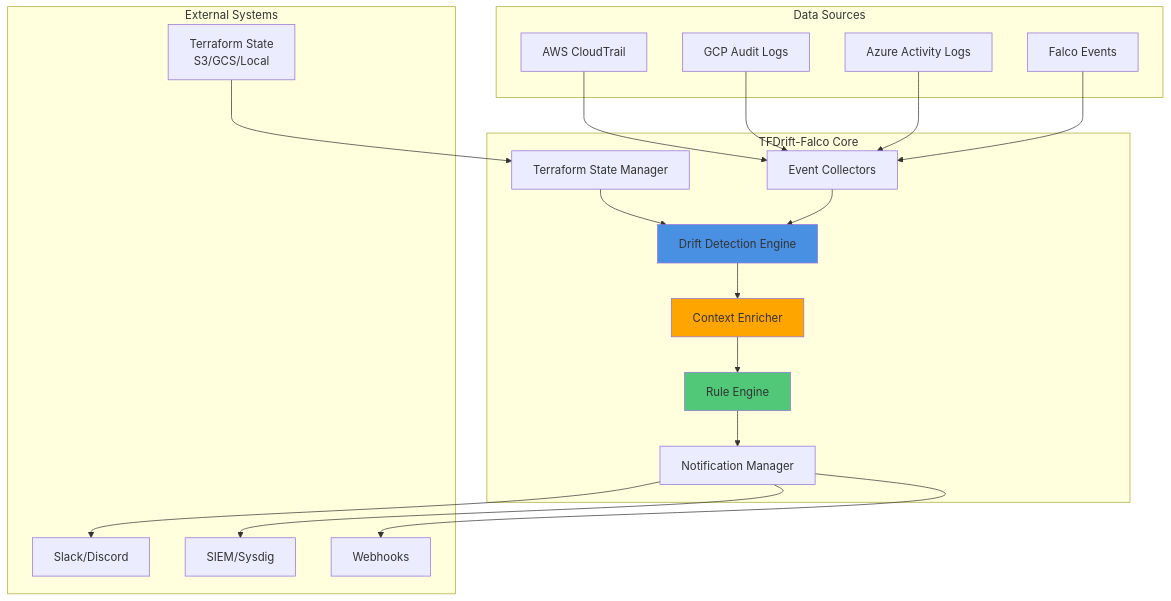
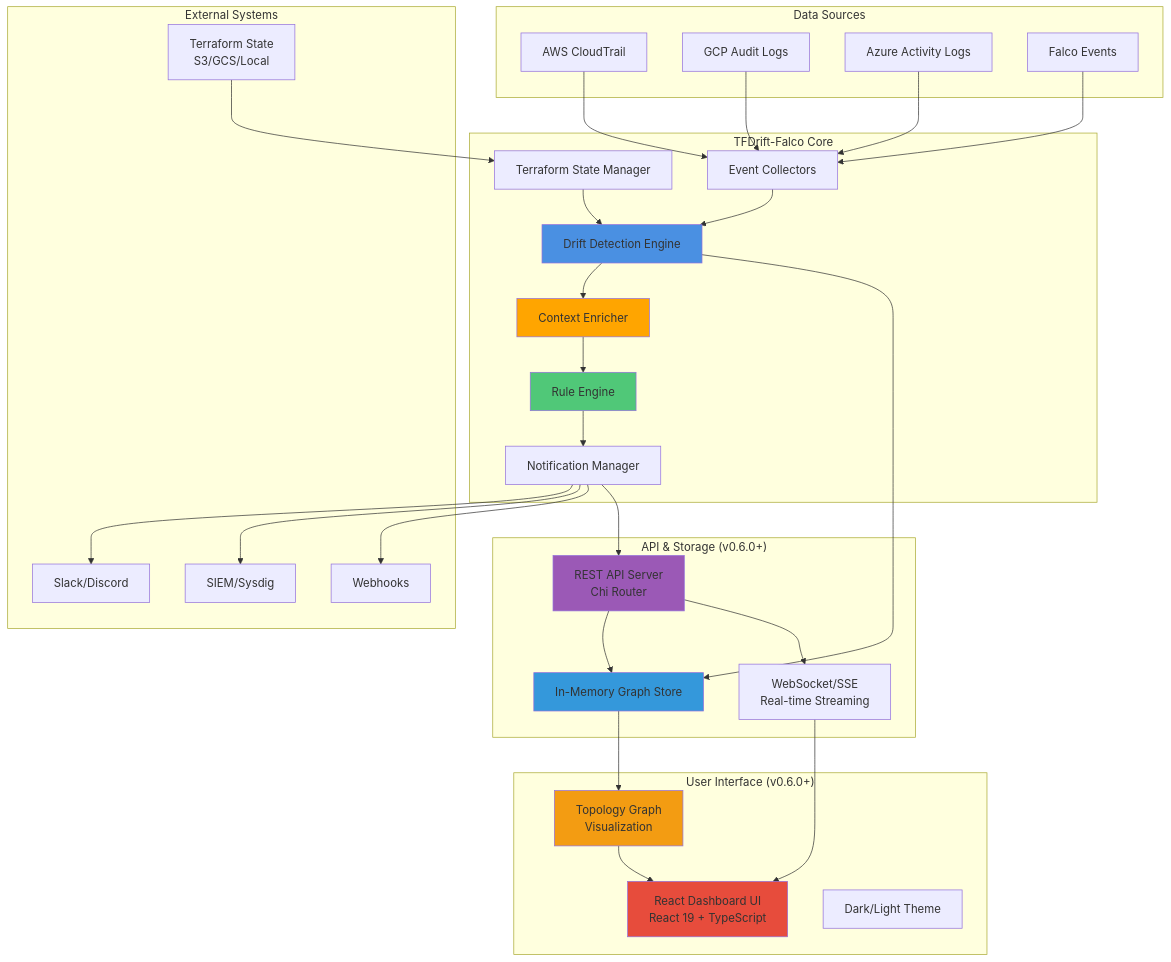
One commit to higakikeita/tfdrift-falco changed the first of 15 diagrams in docs/architecture.md. Above: the diagram before and after it, drawn with Mermaid. The commit also changed other lines of this file and 5 other files, not shown here.

````diff
--- a/docs/architecture.md
+++ b/docs/architecture.md
@@ -38,46 +38,70 @@
 ```mermaid
 graph TB
     subgraph "Data Sources"
         A1[AWS CloudTrail]
         A2[GCP Audit Logs]
         A3[Azure Activity Logs]
         A4[Falco Events]
     end
 
     subgraph "TFDrift-Falco Core"
         B1[Event Collectors]
         B2[Terraform State Manager]
         B3[Drift Detection Engine]
         B4[Context Enricher]
         B5[Rule Engine]
         B6[Notification Manager]
+    end
+
+    subgraph "API & Storage (v0.6.0+)"
+        D1[REST API Server<br/>Chi Router]
+        D2[In-Memory Graph Store]
+        D3[WebSocket/SSE<br/>Real-time Streaming]
+    end
+
+    subgraph "User Interface (v0.6.0+)"
+        E1[React Dashboard UI<br/>React 19 + TypeScript]
+        E2[Topology Graph<br/>Visualization]
+        E3[Dark/Light Theme]
     end
 
     subgraph "External Systems"
         C1[Terraform State<br/>S3/GCS/Local]
         C2[Slack/Discord]
         C3[SIEM/Sysdig]
         C4[Webhooks]
     end
 
     A1 --> B1
     A2 --> B1
     A3 --> B1
     A4 --> B1
 
     C1 --> B2
 
     B1 --> B3
     B2 --> B3
     B3 --> B4
     B4 --> B5
     B5 --> B6
 
     B6 --> C2
     B6 --> C3
     B6 --> C4
 
+    B3 --> D2
+    B6 --> D1
+    D1 --> D2
+    D1 --> D3
+    D3 --> E1
+    D2 --> E2
+    E2 --> E1
+
     style B3 fill:#4A90E2
     style B4 fill:#FFA500
     style B5 fill:#50C878
+    style D1 fill:#9B59B6
+    style D2 fill:#3498DB
+    style E1 fill:#E74C3C
+    style E2 fill:#F39C12
 ```
````
